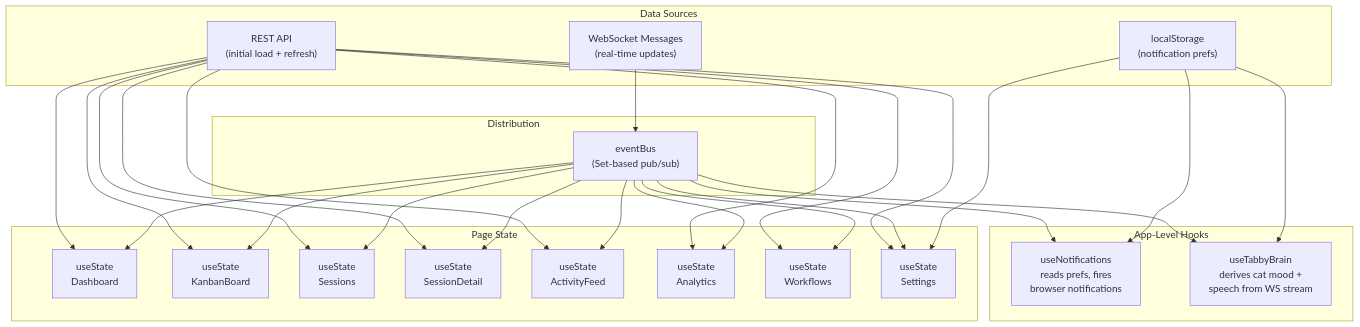
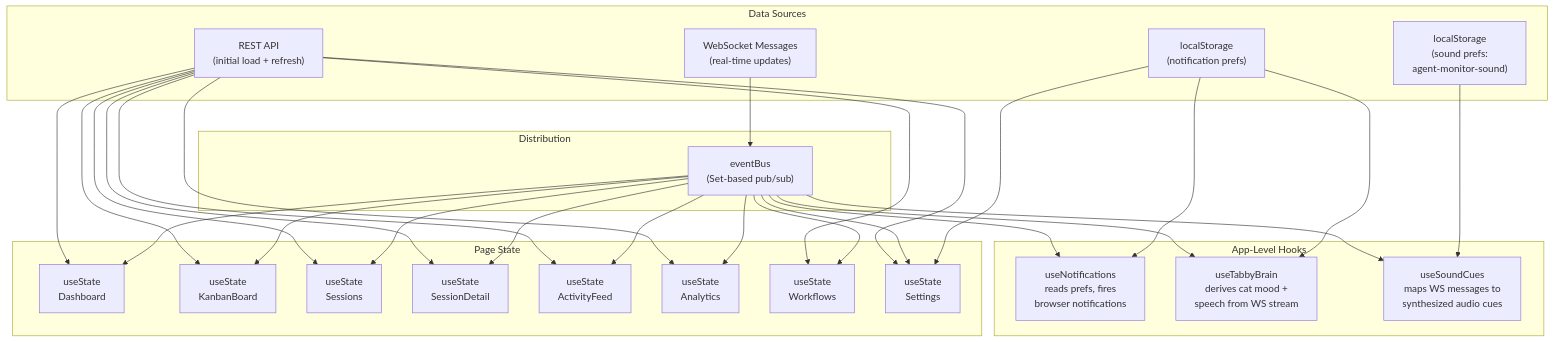
Diagram 23 of 45 in ARCHITECTURE.md (CorentinPa/Claude-Code-Agent-Monitor), drawn with Mermaid before and after one commit. The commit also changed other lines of this file and 76 other files, not shown here.

````diff
--- a/ARCHITECTURE.md
+++ b/ARCHITECTURE.md
@@ -1781,37 +1786,41 @@
 ```mermaid
 graph TD
     subgraph "Data Sources"
         REST["REST API<br/>(initial load + refresh)"]
         WSM["WebSocket Messages<br/>(real-time updates)"]
         LS["localStorage<br/>(notification prefs)"]
+        LS2["localStorage<br/>(sound prefs:<br/>agent-monitor-sound)"]
     end
 
     subgraph "Distribution"
         EB["eventBus<br/>(Set-based pub/sub)"]
     end
 
     subgraph "App-Level Hooks"
         NOTIF_H["useNotifications<br/>reads prefs, fires<br/>browser notifications"]
         TABBY_H["useTabbyBrain<br/>derives cat mood +<br/>speech from WS stream"]
+        SOUND_H["useSoundCues<br/>maps WS messages to<br/>synthesized audio cues"]
     end
 
     subgraph "Page State"
         US1["useState<br/>Dashboard"]
         US2["useState<br/>KanbanBoard"]
         US3["useState<br/>Sessions"]
         US4["useState<br/>SessionDetail"]
         US5["useState<br/>ActivityFeed"]
         US6["useState<br/>Analytics"]
         US8["useState<br/>Workflows"]
         US7["useState<br/>Settings"]
     end
 
     REST --> US1 & US2 & US3 & US4 & US5 & US6 & US8 & US7
     WSM --> EB
     EB --> US1 & US2 & US3 & US4 & US5 & US6 & US8 & US7
     EB --> NOTIF_H
     EB --> TABBY_H
+    EB --> SOUND_H
     LS --> NOTIF_H
     LS --> TABBY_H
     LS --> US7
+    LS2 --> SOUND_H
 ```
````
